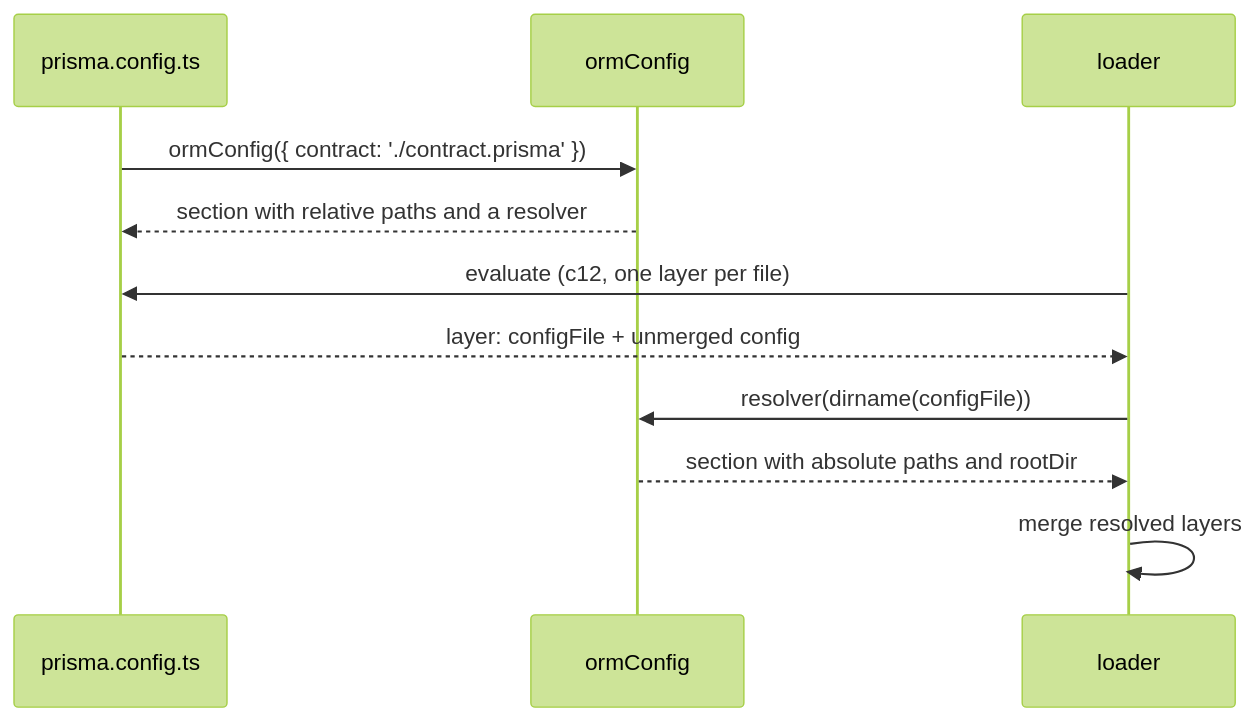
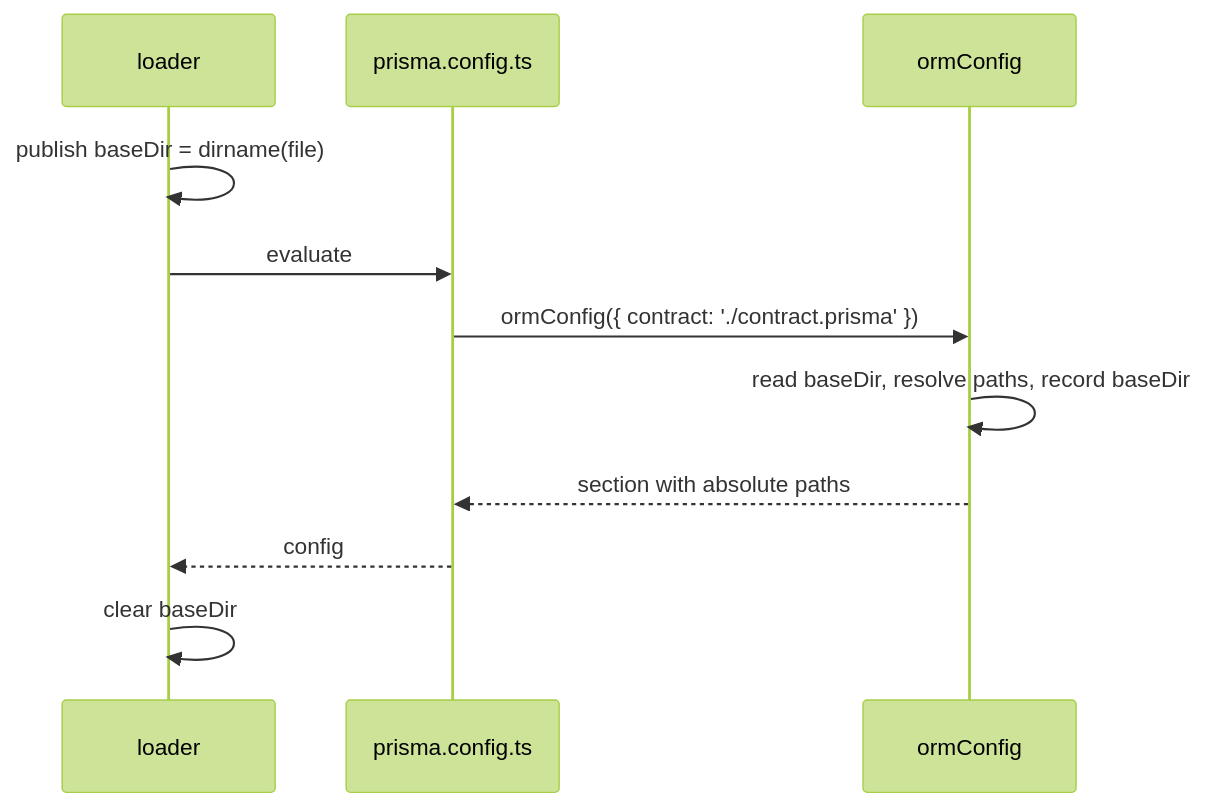
The diagram in docs/architecture docs/adrs/ADR 253 - Config paths resolve against the file that wrote them.md (prisma/orm), drawn with Mermaid (forest theme) before and after one commit. The commit also changed other lines of this file and 32 other files, not shown here.

First line of the commit message:
feat(config): the loader tells prisma.config.ts where it is, and ormConfig resolves its own paths

````diff
--- a/docs/architecture docs/adrs/ADR 253 - Config paths resolve against the file that wrote them.md
+++ b/docs/architecture docs/adrs/ADR 253 - Config paths resolve against the file that wrote them.md
@@ -66,13 +50,13 @@
 ```mermaid
 sequenceDiagram
+  participant L as loader
   participant F as prisma.config.ts
   participant O as ormConfig
-  participant L as loader
+  L->>L: publish baseDir = dirname(file)
+  L->>F: evaluate
   F->>O: ormConfig({ contract: './contract.prisma' })
-  O-->>F: section with relative paths and a resolver
-  L->>F: evaluate (c12, one layer per file)
-  F-->>L: layer: configFile + unmerged config
-  L->>O: resolver(dirname(configFile))
-  O-->>L: section with absolute paths and rootDir
-  L->>L: merge resolved layers
+  O->>O: read baseDir, resolve paths, record baseDir
+  O-->>F: section with absolute paths
+  F-->>L: config
+  L->>L: clear baseDir
 ```
````
